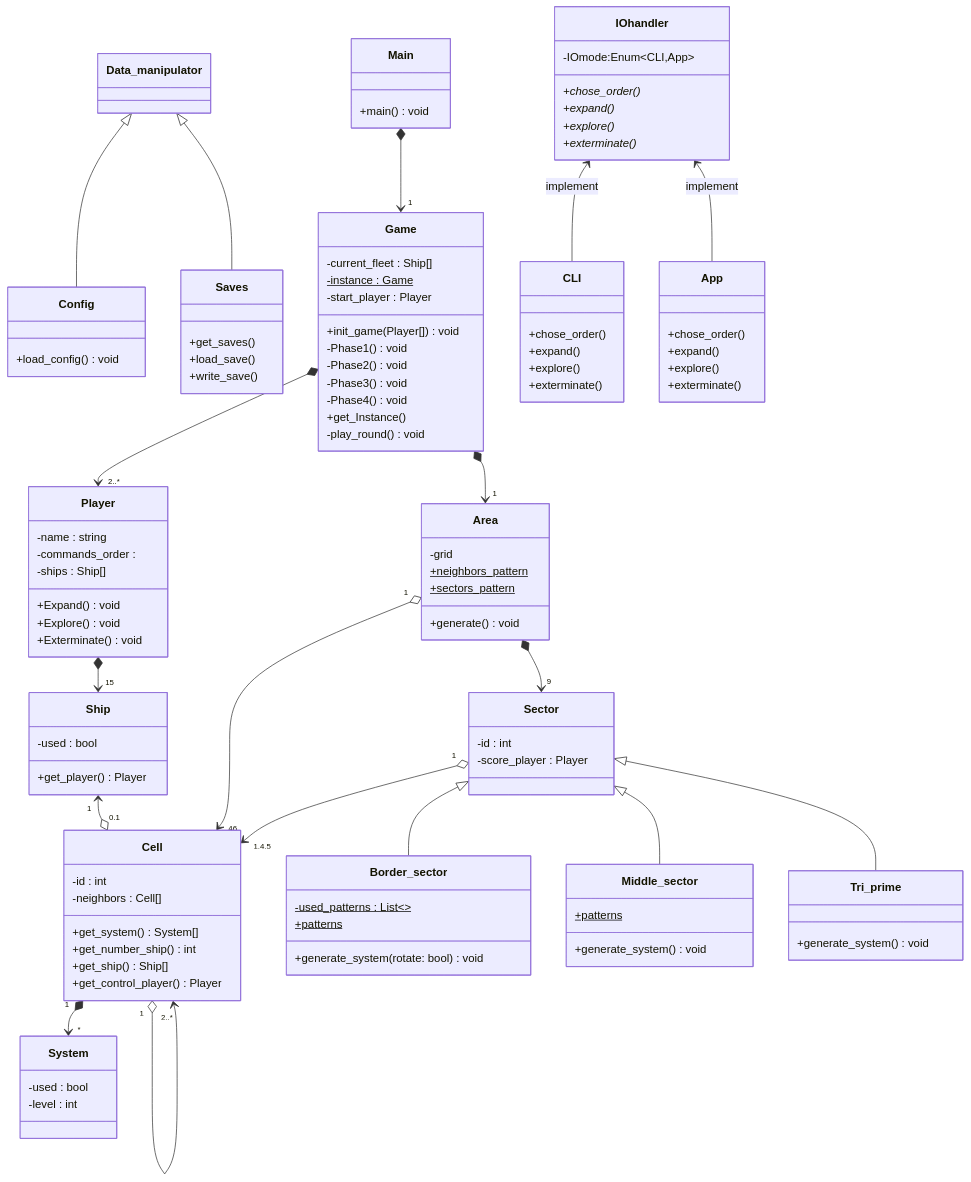
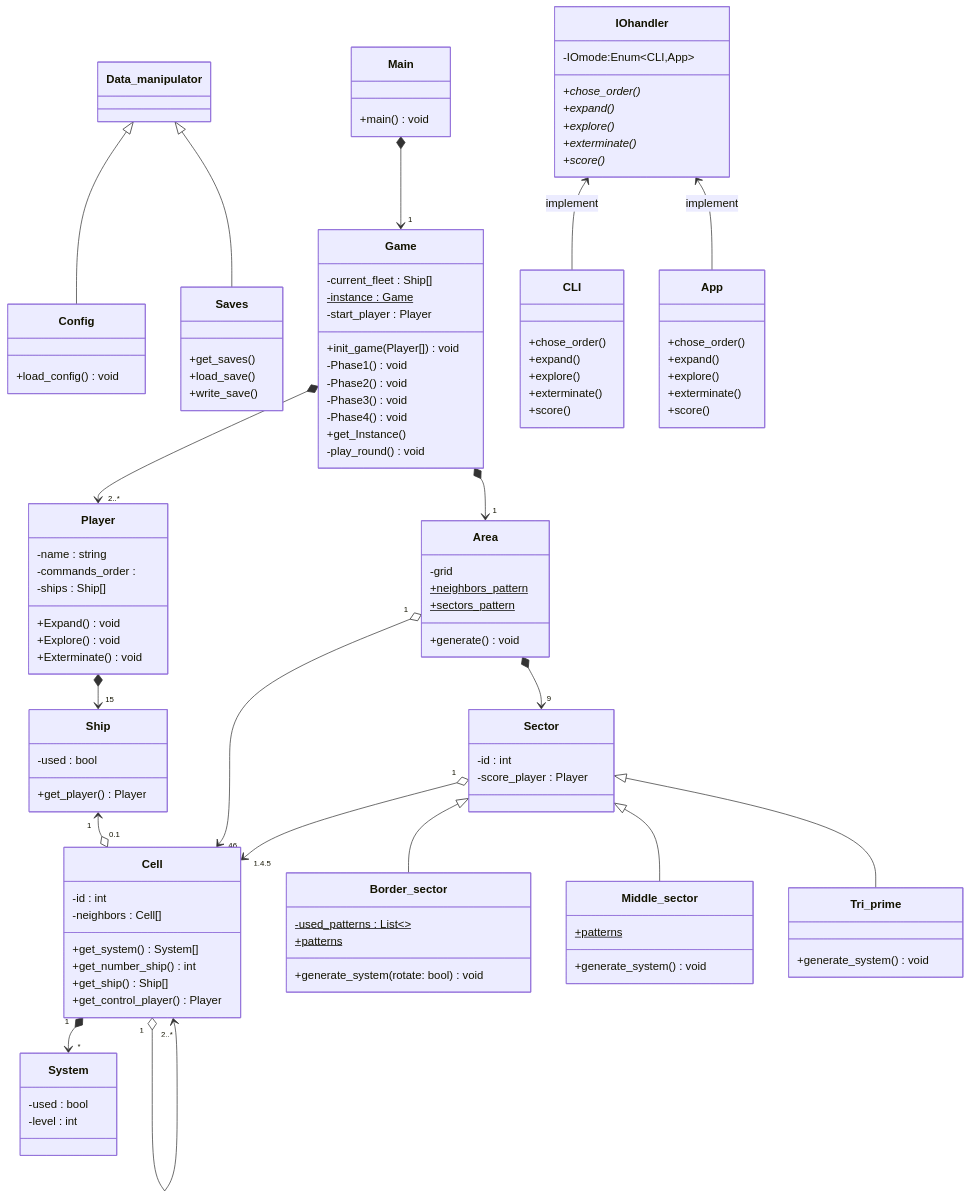
One commit to LeoCholvy/PocketImperium changed the diagram in UML/class.mermaid. Above: the diagram before and after it, drawn with Mermaid.

Commit message:
il faut relire l'uml et ajouter les types pour les patterns

```diff
--- a/UML/class.mermaid
+++ b/UML/class.mermaid
@@ -1,114 +1,117 @@
 classDiagram
     class Main {
         +main() void
     }
     class Data_manipulator {
     }
     class Config {
         +load_config() void
     }
     class Saves {
         +get_saves()
         +load_save()
         +write_save()
     }
     Data_manipulator <|-- Config
     Data_manipulator <|-- Saves
 
     class Game {
         +init_game(Player[]) void
         -current_fleet : Ship[]
         -Phase1() void
         -Phase2() void
         -Phase3() void
         -Phase4() void
         %% phase 4 pour la phase de score
         +get_Instance()
         -instance : Game$
         -play_round() void
         -start_player : Player
     }
     class Player {
         -name : string
         -commands_order :
         %% je sais pas quoi mettre en type
         -ships : Ship[]
         +Expand() void
         +Explore() void
         +Exterminate() void
     }
     class Area {
         -grid
         +neighbors_pattern$
         +sectors_pattern$
         +generate() void
     }
     class Sector {
         -id : int
         -score_player : Player
     }
     class Border_sector {
         -used_patterns : List~~$
         +patterns$
         +generate_system(rotate: bool) void
     }
     class Middle_sector {
         +patterns$
         +generate_system() void
         %% se rotate aléatoirement
     }
     class Tri_prime {
         +generate_system() void
     }
     class System {
         -used : bool
         -level : int
     }
     class Ship {
         -used : bool
         +get_player() Player
     }
     class Cell {
         -id : int
         -neighbors : Cell[]
         +get_system() System[]
         +get_number_ship() int
         +get_ship() Ship[]
         +get_control_player() Player
     }
 
     Game *--> "2..*" Player
     Game *--> "1" Area
     Main *--> "1" Game
     Area "1" o--> "46" Cell
     Sector "1" o--> "1,4,5" Cell
     Sector <|-- Border_sector
     Sector <|-- Middle_sector
     Sector <|-- Tri_prime
     Cell "1" *--> "*" System
     Player *--> "15" Ship
     Area *--> "9" Sector
     Ship "1" <--o "0,1" Cell
     Cell "1" o--> "2..*" Cell
 
     class IOhandler {
         -IOmode:Enum~CLI,App~
         +chose_order()*
         +expand()*
         +explore()*
         +exterminate()*
+        +score()*
     }
     class CLI {
         +chose_order()
         +expand()
         +explore()
         +exterminate()
+        +score()
     }
     class App {
         +chose_order()
         +expand()
         +explore()
         +exterminate()
+        +score()
     }
     IOhandler <-- CLI : implement
     IOhandler <-- App : implement
```
